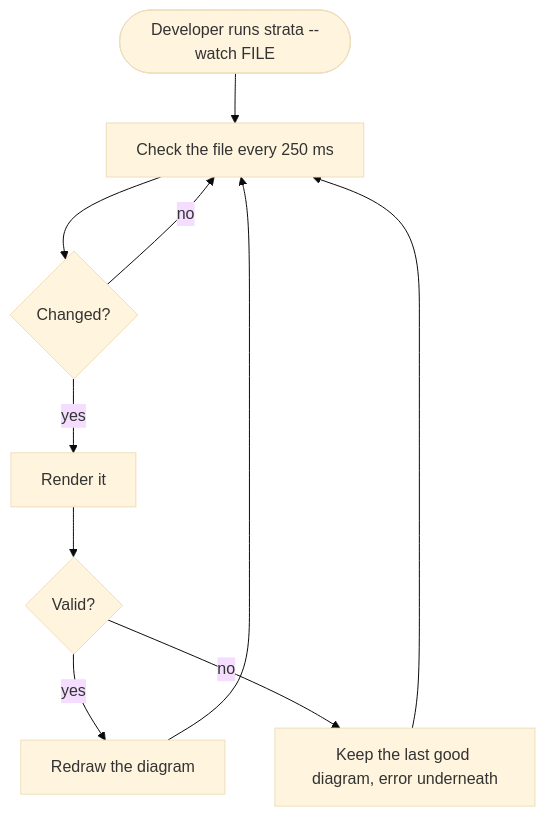
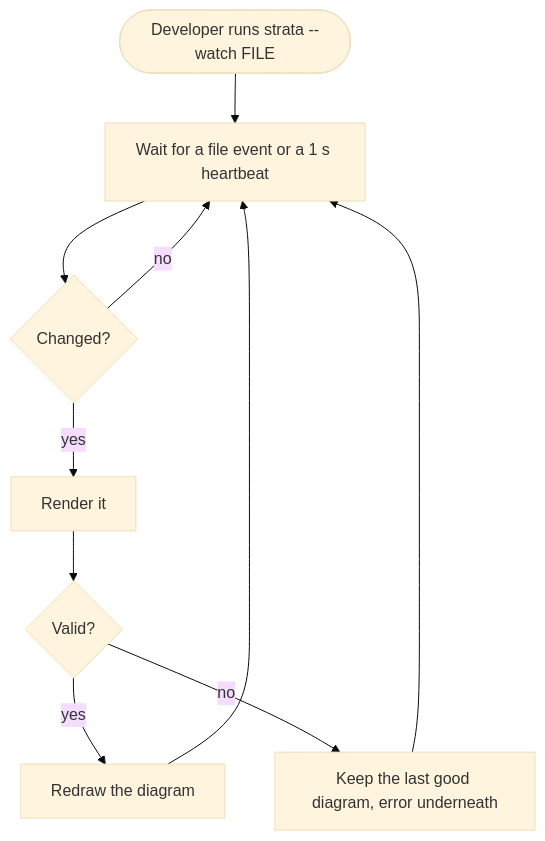
The diagram in docs/flows/watch-a-diagram.md (Ross-cripto/casemap), drawn with Mermaid (base theme) before and after one commit. The commit also changed 17 other files, not shown here.

````diff
--- a/docs/flows/watch-a-diagram.md
+++ b/docs/flows/watch-a-diagram.md
@@ -5,12 +5,12 @@
 ```mermaid
 flowchart TD
-    dev([Developer runs strata --watch FILE]) --> poll[Check the file every 250 ms]
+    dev([Developer runs strata --watch FILE]) --> poll[Wait for a file event or a 1 s heartbeat]
     poll --> changed{Changed?}
     changed -->|no| poll
     changed -->|yes| render[Render it]
     render --> ok{Valid?}
     ok -->|yes| show[Redraw the diagram]
     ok -->|no| keep[Keep the last good diagram, error underneath]
     show --> poll
     keep --> poll
 ```
````
